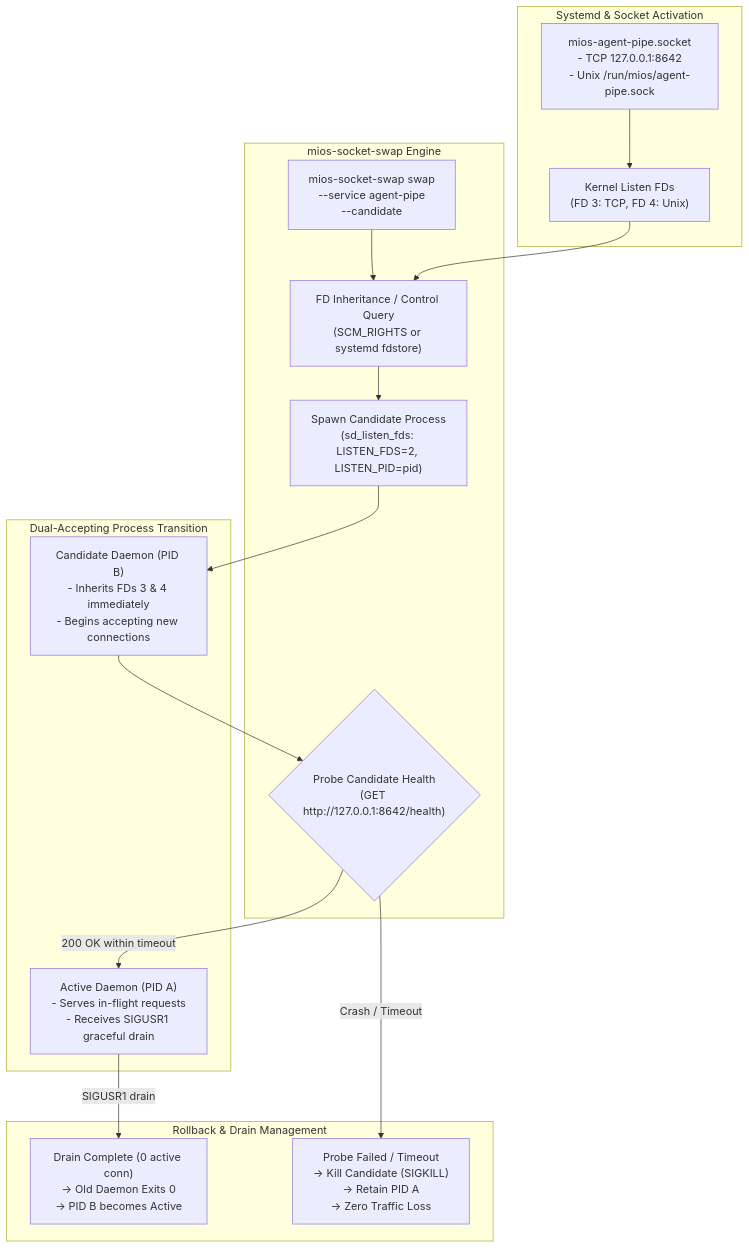
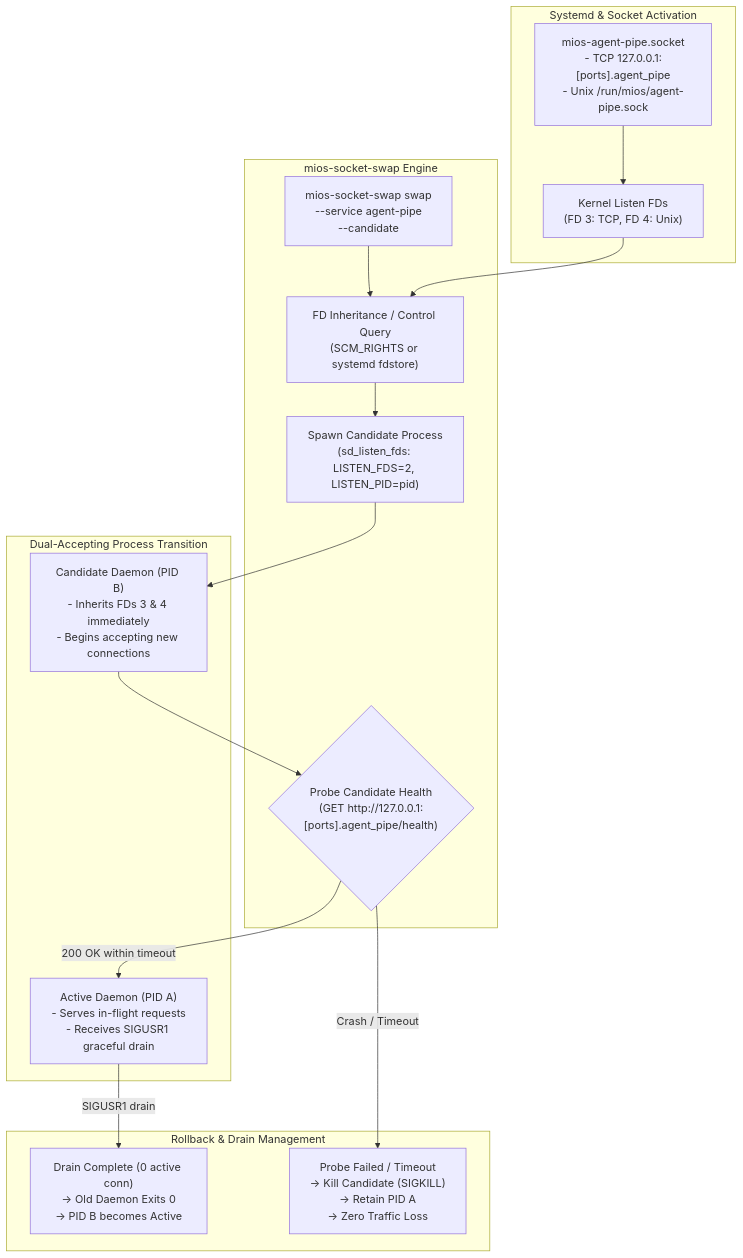
The diagram in usr/share/doc/mios/manual/ch87-socket-activation-handoff.md (mios-dev/MiOS), drawn with Mermaid before and after one commit. The commit also changed other lines of this file and 35 other files, not shown here.

````diff
--- a/usr/share/doc/mios/manual/ch87-socket-activation-handoff.md
+++ b/usr/share/doc/mios/manual/ch87-socket-activation-handoff.md
@@ -9,34 +9,34 @@
 ```mermaid
 flowchart TD
     subgraph SystemdPlane ["Systemd & Socket Activation"]
-        SystemdSocket["mios-agent-pipe.socket\n- TCP 127.0.0.1:8642\n- Unix /run/mios/agent-pipe.sock"]
+        SystemdSocket["mios-agent-pipe.socket\n- TCP 127.0.0.1:[ports].agent_pipe\n- Unix /run/mios/agent-pipe.sock"]
         KernelFds["Kernel Listen FDs\n(FD 3: TCP, FD 4: Unix)"]
     end
 
     subgraph SwapperEngine ["mios-socket-swap Engine"]
         SwapCmd["mios-socket-swap swap\n--service agent-pipe\n--candidate <cmd>"]
         FDFetch["FD Inheritance / Control Query\n(SCM_RIGHTS or systemd fdstore)"]
         SpawnCandidate["Spawn Candidate Process\n(sd_listen_fds: LISTEN_FDS=2, LISTEN_PID=pid)"]
-        ProbeHealth{"Probe Candidate Health\n(GET http://127.0.0.1:8642/health)"}
+        ProbeHealth{"Probe Candidate Health\n(GET http://127.0.0.1:[ports].agent_pipe/health)"}
     end
 
     subgraph ProcessPlane ["Dual-Accepting Process Transition"]
         OldDaemon["Active Daemon (PID A)\n- Serves in-flight requests\n- Receives SIGUSR1 graceful drain"]
         NewDaemon["Candidate Daemon (PID B)\n- Inherits FDs 3 & 4 immediately\n- Begins accepting new connections"]
     end
 
     subgraph RecoveryPlane ["Rollback & Drain Management"]
         SuccessDrain["Drain Complete (0 active conn)\n-> Old Daemon Exits 0\n-> PID B becomes Active"]
         RollbackAborted["Probe Failed / Timeout\n-> Kill Candidate (SIGKILL)\n-> Retain PID A\n-> Zero Traffic Loss"]
     end
 
     SystemdSocket --> KernelFds
     SwapCmd --> FDFetch
     KernelFds --> FDFetch
     FDFetch --> SpawnCandidate
     SpawnCandidate --> NewDaemon
     NewDaemon --> ProbeHealth
     ProbeHealth -- "200 OK within timeout" --> OldDaemon
     OldDaemon -- "SIGUSR1 drain" --> SuccessDrain
     ProbeHealth -- "Crash / Timeout" --> RollbackAborted
 ```
````
